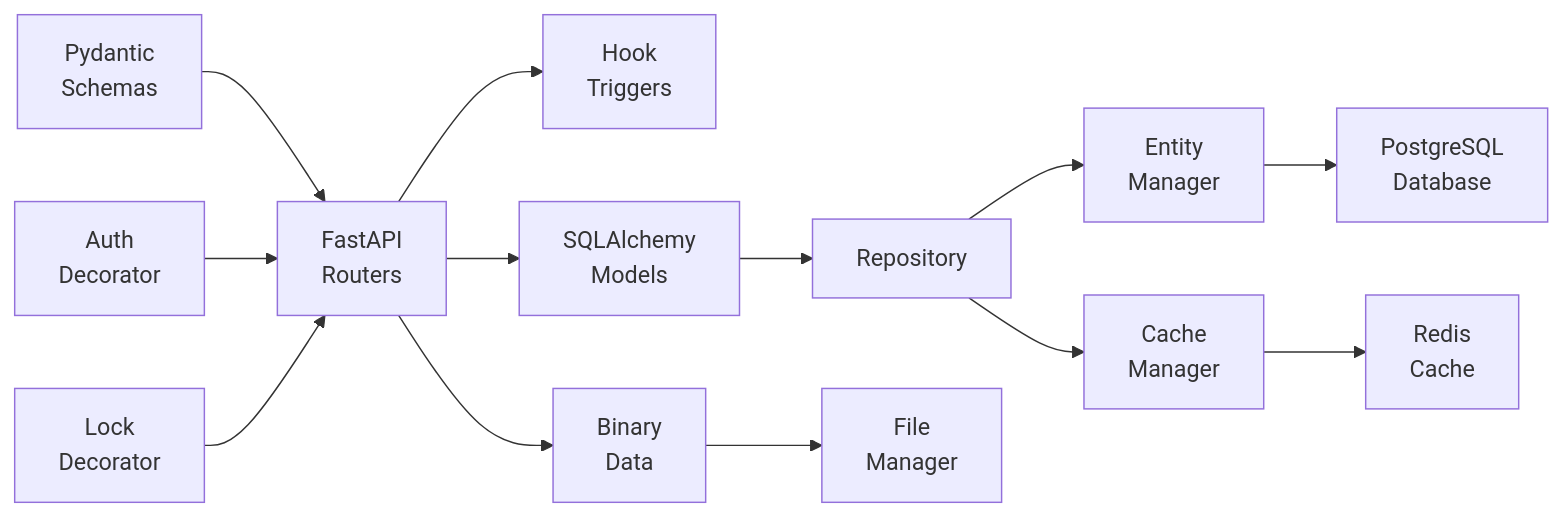
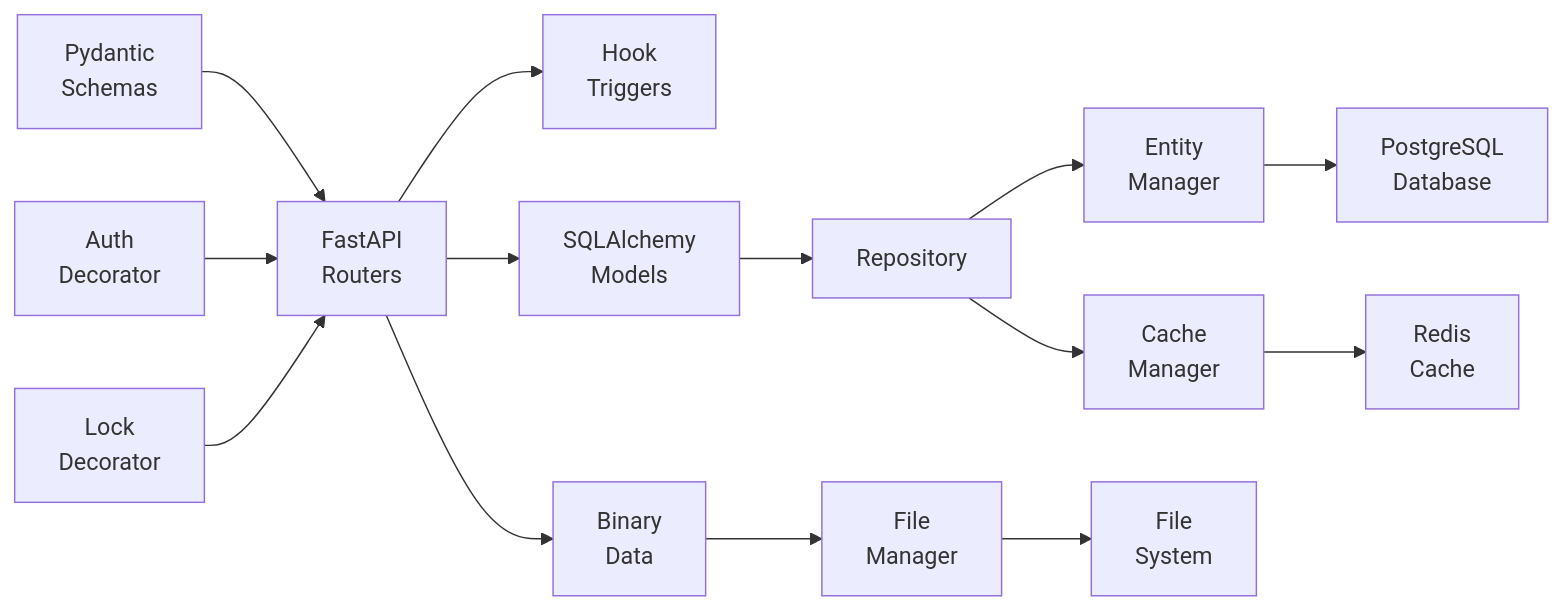
One commit to artabramov/hidden changed the diagram in README.md. Above: the diagram before and after it, drawn with Mermaid.

````diff
--- a/README.md
+++ b/README.md
@@ -25,28 +25,30 @@
 ```mermaid
 graph LR
     AUTH[Auth<br>Decorator]
     LOCK[Lock<br>Decorator]
     PYDANTIC[Pydantic<br>Schemas]
     ROUTER[FastAPI<br>Routers]
     HOOK[Hook<br>Triggers]
     MODEL[SQLAlchemy<br>Models]
     REPOSITORY[Repository]
     EM[Entity<br>Manager]
     CM[Cache<br>Manager]
     FM[File<br>Manager]
+    FILES[File<br>System]
     BINARY[Binary<br>Data]
     POSTGRES[PostgreSQL<br>Database]
     REDIS[Redis<br>Cache]
     ROUTER --> MODEL
     MODEL --> REPOSITORY
     REPOSITORY --> EM
     REPOSITORY --> CM
     ROUTER --> BINARY
     BINARY --> FM
+    FM --> FILES
     EM --> POSTGRES
     CM --> REDIS
     PYDANTIC --> ROUTER
     AUTH --> ROUTER
     LOCK --> ROUTER
     ROUTER --> HOOK
 ```
````
